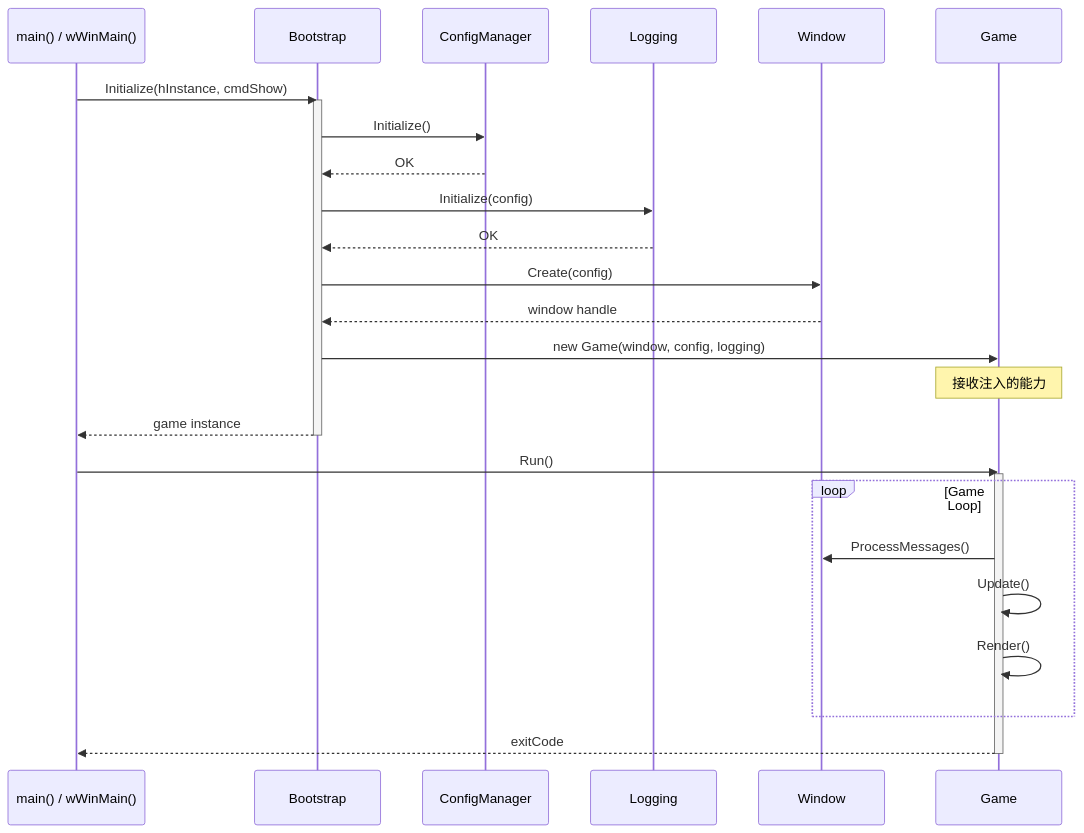
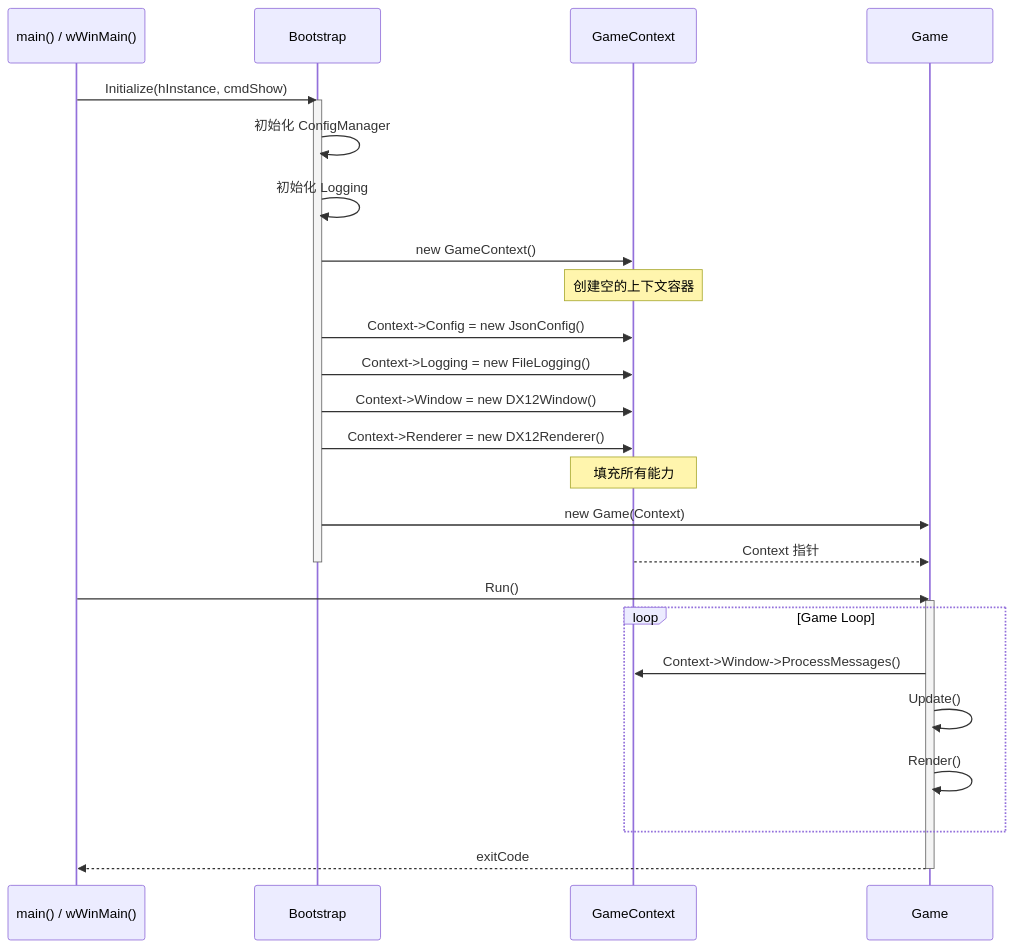
Before and after one commit to Gunxzq/DX12_Base: the second of 5 diagrams in Docs/Engine/Bootstrap.md, drawn with Mermaid. The commit also changed other lines of this file and 2 other files, not shown here.

````diff
--- a/Docs/Engine/Bootstrap.md
+++ b/Docs/Engine/Bootstrap.md
@@ -93,39 +114,38 @@
 ```mermaid
 sequenceDiagram
     participant main as main() / wWinMain()
     participant Bootstrap
-    participant ConfigMgr as ConfigManager
-    participant Logging
-    participant Window
+    participant Context as GameContext
     participant Game
 
     main->>Bootstrap: Initialize(hInstance, cmdShow)
     Activate Bootstrap
 
-    Bootstrap->>ConfigMgr: Initialize()
-    ConfigMgr-->>Bootstrap: OK
+    Bootstrap->>Bootstrap: 初始化 ConfigManager
+    Bootstrap->>Bootstrap: 初始化 Logging
 
-    Bootstrap->>Logging: Initialize(config)
-    Logging-->>Bootstrap: OK
+    Bootstrap->>Context: new GameContext()
+    Note over Context: 创建空的上下文容器
 
-    Bootstrap->>Window: Create(config)
-    Window-->>Bootstrap: window handle
+    Bootstrap->>Context: Context->Config = new JsonConfig()
+    Bootstrap->>Context: Context->Logging = new FileLogging()
+    Bootstrap->>Context: Context->Window = new DX12Window()
+    Bootstrap->>Context: Context->Renderer = new DX12Renderer()
+    Note over Context: 填充所有能力
 
-    Bootstrap->>Game: new Game(window, config, logging)
-    Note over Game: 接收注入的能力
-
-    Bootstrap-->>main: game instance
+    Bootstrap->>Game: new Game(Context)
+    Context-->>Game: Context 指针
     Deactivate Bootstrap
 
     main->>Game: Run()
     Activate Game
 
     loop Game Loop
-        Game->>Window: ProcessMessages()
+        Game->>Context: Context->Window->ProcessMessages()
         Game->>Game: Update()
         Game->>Game: Render()
     end
 
     Game-->>main: exitCode
     Deactivate Game
 ```
````
